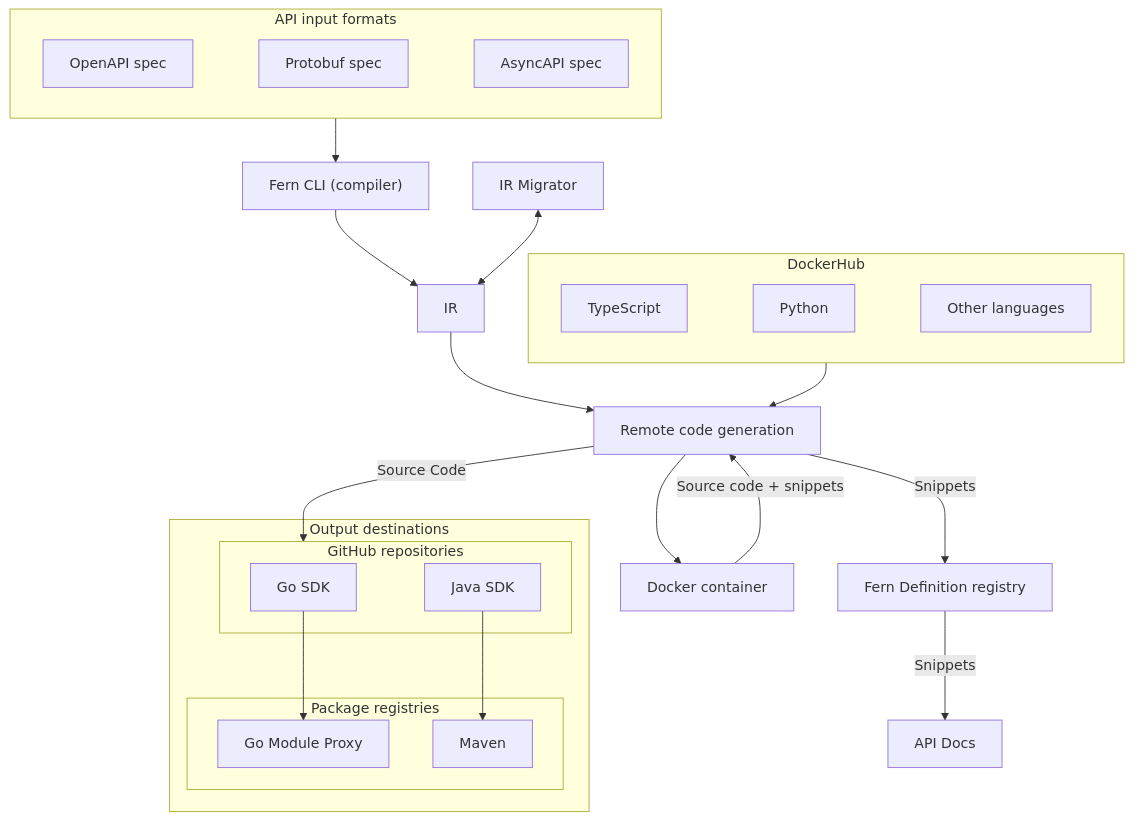
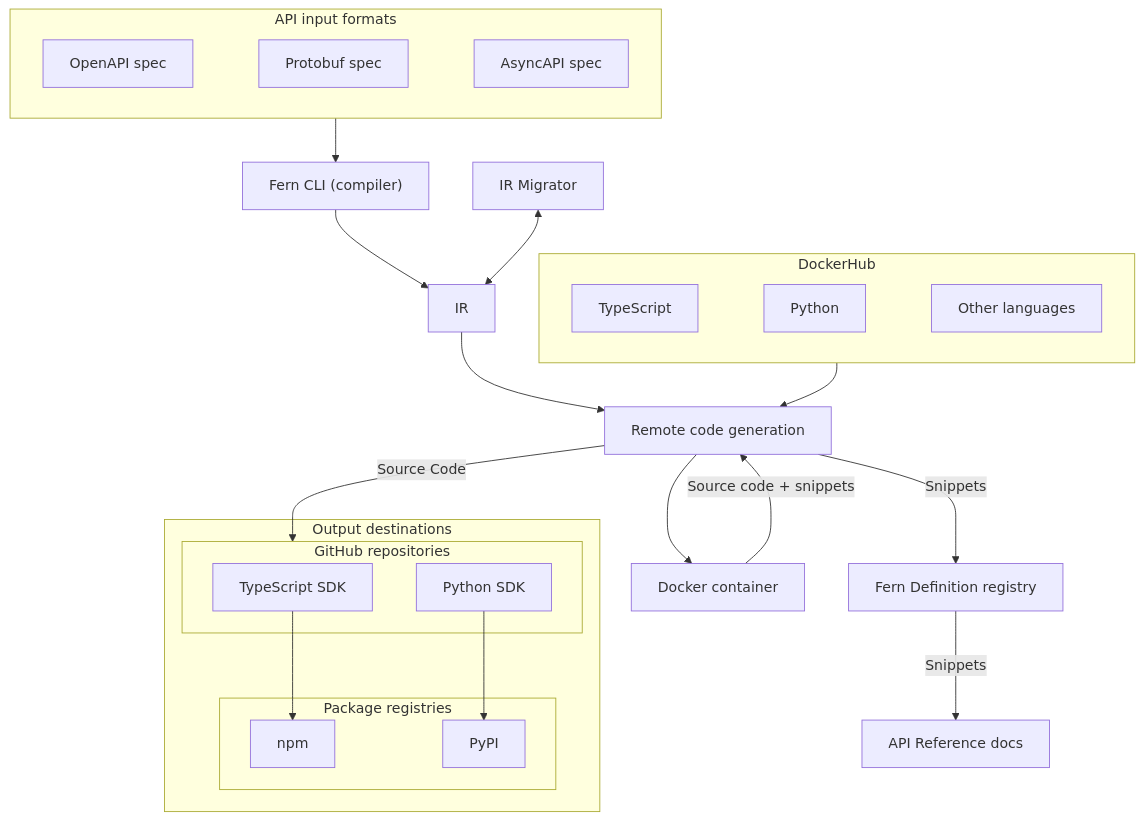
Before and after one commit to fern-api/docs: the second of 2 diagrams in fern/products/sdks/how-it-works.mdx, drawn with Mermaid.

Commit message:
small edits

````diff
--- a/fern/products/sdks/how-it-works.mdx
+++ b/fern/products/sdks/how-it-works.mdx
@@ -60,42 +60,42 @@
 ```mermaid
 flowchart TD
     subgraph inputs["API input formats"]
         OpenAPI["OpenAPI spec"] ~~~ Protobuf["Protobuf spec"] ~~~ AsyncAPI["AsyncAPI spec"]
     end
 
     subgraph dockerhub["DockerHub"]
         TS["TypeScript"] ~~~ Python["Python"] ~~~ Other["Other languages"]
     end
 
     subgraph outputs["Output destinations"]
         subgraph repos["GitHub repositories"]
-            GoSDK["Go SDK"]
-            JavaSDK["Java SDK"]
+            TSSDK["TypeScript SDK"]
+            PythonSDK["Python SDK"]
         end
         subgraph registries["Package registries"]
-            ModProxy["Go Module Proxy"]
-            Maven["Maven"]
+            npm["npm"]
+            PyPI["PyPI"]
         end
     end
 
     CLI["Fern CLI (compiler)"]
     IRMigrator["IR Migrator"]
     IR["IR"]
     RemoteGen["Remote code generation"]
     DockerContainer["Docker container"]
     Registry["Fern Definition registry"]
-    Docs["API Docs"]
+    Docs["API Reference docs"]
 
     inputs --> CLI
     CLI --> IR
     IRMigrator <--> IR
     IR --> RemoteGen
     dockerhub --> RemoteGen
     RemoteGen --> DockerContainer
     DockerContainer -->|"Source code + snippets"| RemoteGen
     RemoteGen -->|"Snippets"| Registry
     RemoteGen -->|"Source Code"| repos
     Registry -->|"Snippets"| Docs
-    GoSDK --> ModProxy
-    JavaSDK --> Maven
+    TSSDK --> npm
+    PythonSDK --> PyPI
 ```
````
